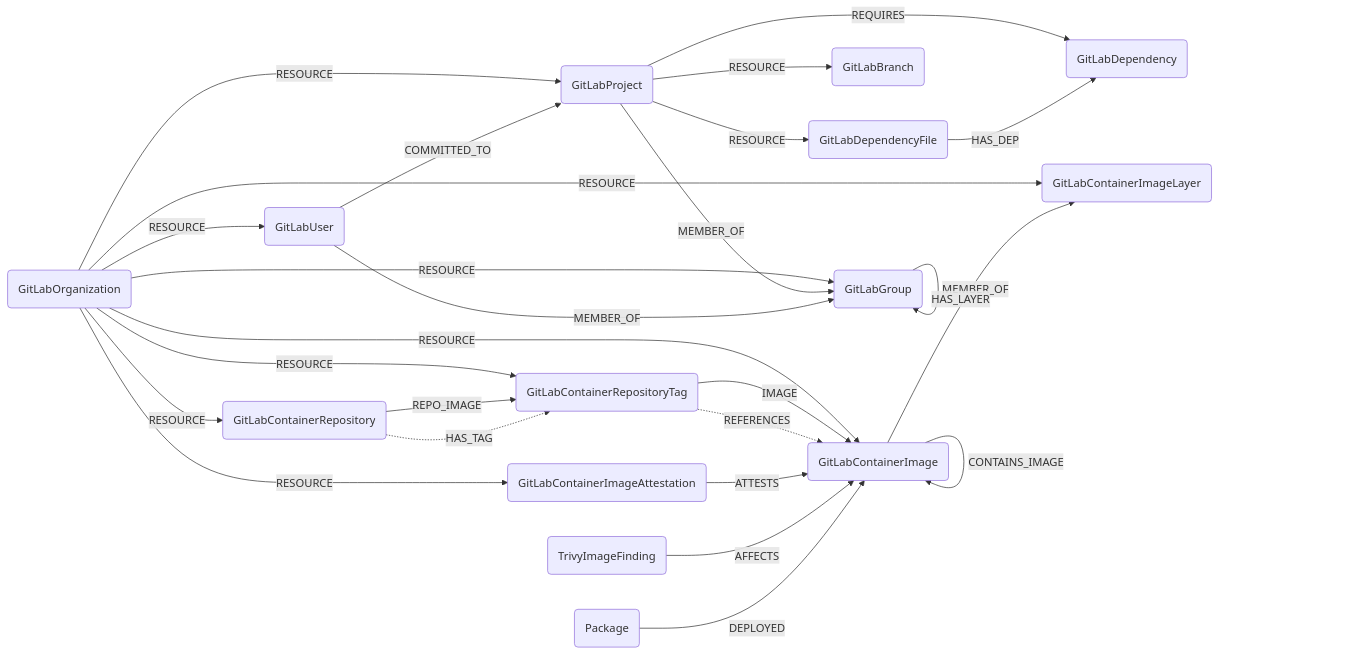
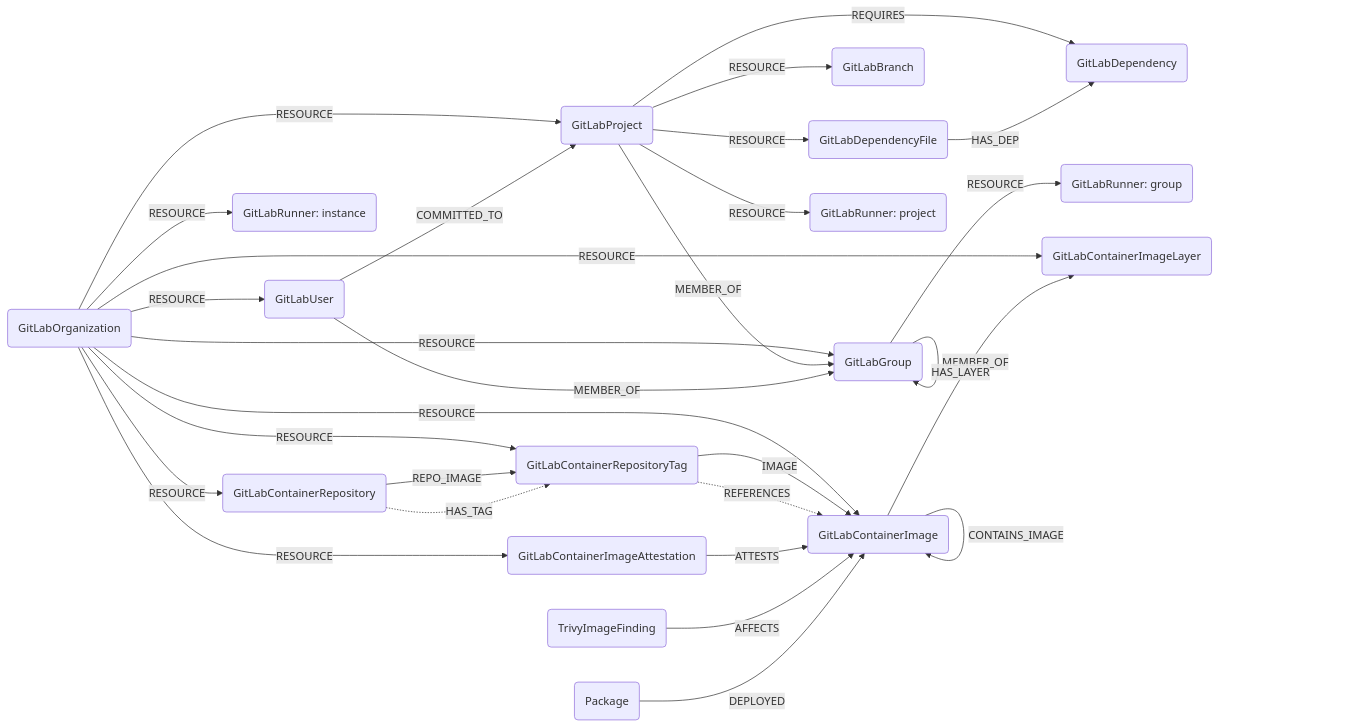
The diagram in docs/root/modules/gitlab/schema.md (cartography-cncf/cartography), drawn with Mermaid before and after one commit. The commit also changed other lines of this file and 7 other files, not shown here.

First line of the commit message:
feat(gitlab): ingest CI/CD runners at instance, group, and project scopes

````diff
--- a/docs/root/modules/gitlab/schema.md
+++ b/docs/root/modules/gitlab/schema.md
@@ -3,33 +3,38 @@
 ```mermaid
 graph LR
 
 O(GitLabOrganization) -- RESOURCE --> G(GitLabGroup)
 O -- RESOURCE --> P(GitLabProject)
 O -- RESOURCE --> U(GitLabUser)
 G -- MEMBER_OF --> G
 P -- MEMBER_OF --> G
 U -- MEMBER_OF --> G
 U -- COMMITTED_TO --> P
 P -- RESOURCE --> B(GitLabBranch)
 P -- RESOURCE --> DF(GitLabDependencyFile)
 P -- REQUIRES --> D(GitLabDependency)
 DF -- HAS_DEP --> D
+
+%% CI/CD Runners
+O -- RESOURCE --> R_I(GitLabRunner: instance)
+G -- RESOURCE --> R_G(GitLabRunner: group)
+P -- RESOURCE --> R_P(GitLabRunner: project)
 
 %% Container Registry
 O -- RESOURCE --> CR(GitLabContainerRepository)
 O -- RESOURCE --> CI(GitLabContainerImage)
 O -- RESOURCE --> CIL(GitLabContainerImageLayer)
 O -- RESOURCE --> CT(GitLabContainerRepositoryTag)
 O -- RESOURCE --> CA(GitLabContainerImageAttestation)
 CR -- REPO_IMAGE --> CT
 CR -. HAS_TAG .-> CT
 CT -- IMAGE --> CI
 CT -. REFERENCES .-> CI
 CI -- CONTAINS_IMAGE --> CI
 CI -- HAS_LAYER --> CIL
 CA -- ATTESTS --> CI
 
 %% Trivy Vulnerability Scanning
 TIF(TrivyImageFinding) -- AFFECTS --> CI
 PKG(Package) -- DEPLOYED --> CI
 ```
````
